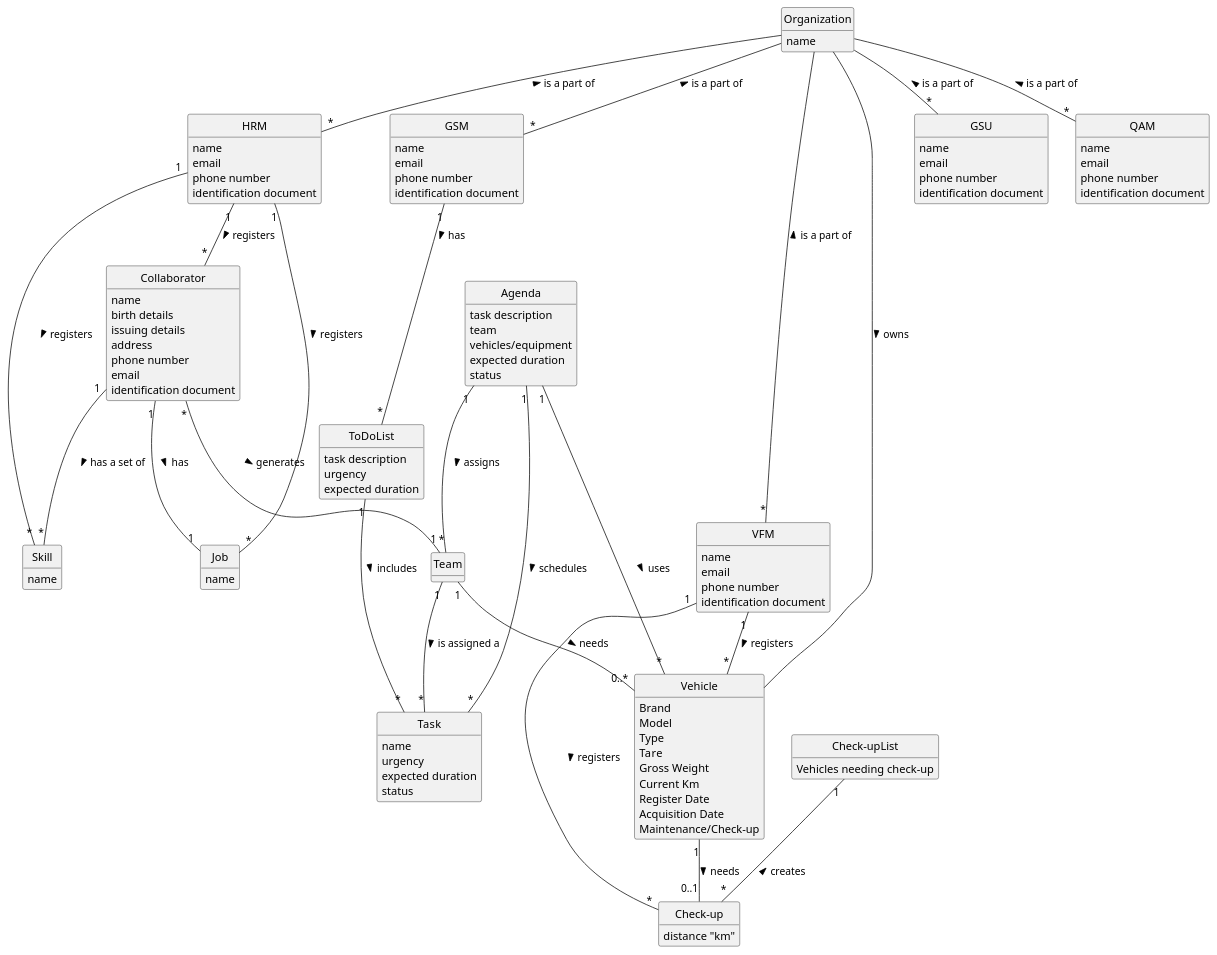
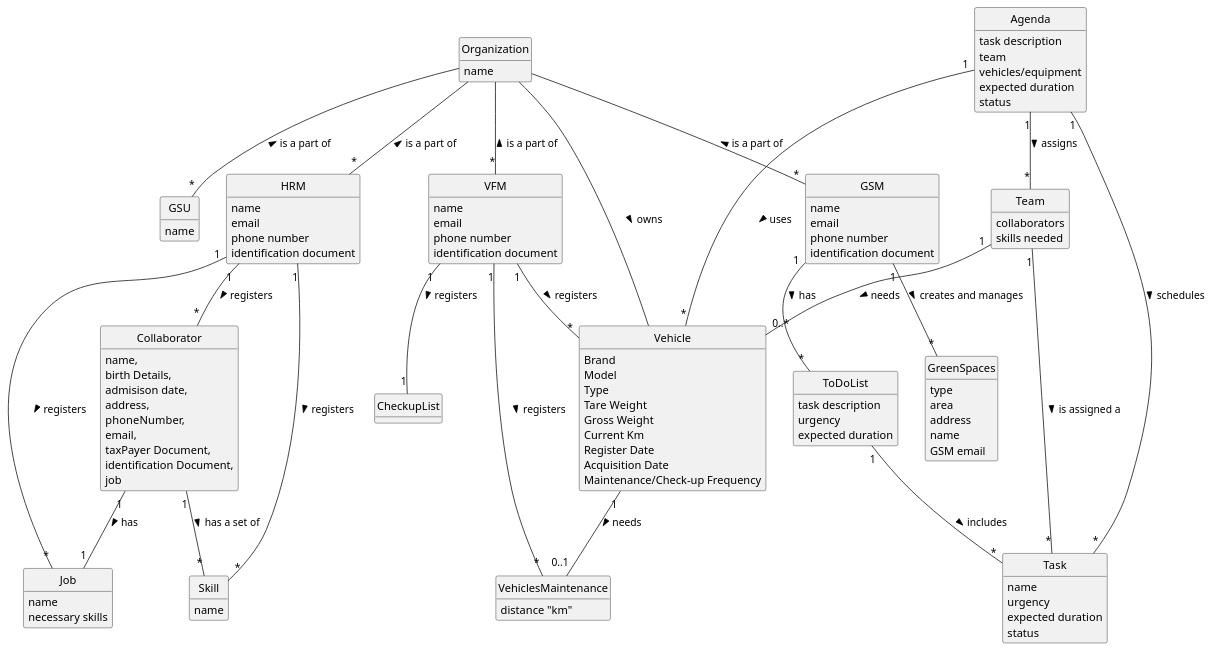
One commit to Departamento-de-Engenharia-Informatica/lei-24-s2-1dl-g121 changed the diagram in docs/sprintC/global-artifacts/02.analysis/puml/project-domain-model.puml. Above: the diagram before and after it, drawn with PlantUML. The commit also changed 15 other files, not shown here.

```diff
--- a/docs/sprintC/global-artifacts/02.analysis/puml/project-domain-model.puml
+++ b/docs/sprintC/global-artifacts/02.analysis/puml/project-domain-model.puml
@@ -1,140 +1,141 @@
 @startuml
 skinparam monochrome true
 skinparam packageStyle rectangle
 skinparam shadowing false
 'skinparam linetype ortho
 'left to right direction
 skinparam classAttributeIconSize 0
 hide circle
 hide methods
 
 'title Domain Model
 
 'class Platform {
 '  -description
 '}
 class Organization{
     name
 }
 
 class HRM{
     name
     email
     phone number
     identification document
 }
 
 class VFM{
     name
     email
     phone number
     identification document
 }
 
 class GSM{
     name
     email
     phone number
     identification document
 }
 
 class GSU{
     name
-    email
-    phone number
-    identification document
 }
 
-class QAM{
-    name
-    email
-    phone number
-    identification document
-}
 
 class Skill{
     name
 }
 
 class Job{
     name
+    necessary skills
 }
 
 class Collaborator{
-    name
-    birth details
-    issuing details
-    address
-    phone number
-    email
-    identification document
+    name,
+    birth Details,
+    admisison date,
+    address,
+    phoneNumber,
+    email,
+    taxPayer Document,
+    identification Document,
+    job
 }
 
-class Team
+class Team{
+collaborators
+skills needed
+}
+
+class GreenSpaces {
+type
+area
+address
+name
+ GSM email
+}
 
 class Task{
     name
     urgency
     expected duration
     status
 }
 
 class Vehicle{
     Brand
     Model
     Type
-    Tare
+    Tare Weight
     Gross Weight
     Current Km
     Register Date
     Acquisition Date
-    Maintenance/Check-up
+    Maintenance/Check-up Frequency
 }
 
-class Check-up{
+class VehiclesMaintenance{
     distance "km"
 }
 
-class Check-upList{
-    Vehicles needing check-up
-}
 
 class ToDoList{
     task description
     urgency
     expected duration
 }
 
 class Agenda{
     task description
     team
     vehicles/equipment
     expected duration
     status
 }
 
 Organization -- "*" HRM : is a part of <
 Organization -- "*" VFM : is a part of <
 Organization -- "*" GSM : is a part of <
 Organization -- "*" GSU : is a part of <
-Organization -- "*" QAM : is a part of <
 Organization -- Vehicle : owns >
 HRM "1" -- "*" Skill : registers >
 HRM "1" -- "*" Job : registers >
 HRM "1" -- "*" Collaborator : registers >
 Collaborator "1" -- "*" Skill : has a set of >
 Collaborator "1" -- "1" Job : has >
-Collaborator "*" -- "1" Team : generates >
 Team "1" -- "*" Task : is assigned a >
 VFM "1" -- "*" Vehicle : registers >
-VFM "1" -- "*" "Check-up" : registers >
-Vehicle "1" -- "0..1" "Check-up" : needs >
+VFM "1" -- "*" "VehiclesMaintenance" : registers >
+Vehicle "1" -- "0..1" "VehiclesMaintenance" : needs >
+VFM "1" -- "1" CheckupList : registers >
 Team "1" -- "0..*" Vehicle : needs >
-"Check-upList" "1" -- "*" "Check-up" :  creates <
 GSM "1" -- "*" ToDoList : has >
+GSM "1" -- "*" GreenSpaces : creates and manages >
 ToDoList "1" -- "*" Task : includes >
 Agenda "1" -- "*" Task : schedules >
 Agenda "1" -- "*" Team : assigns >
 Agenda "1" -- "*" Vehicle : uses >
 
 @enduml
```
